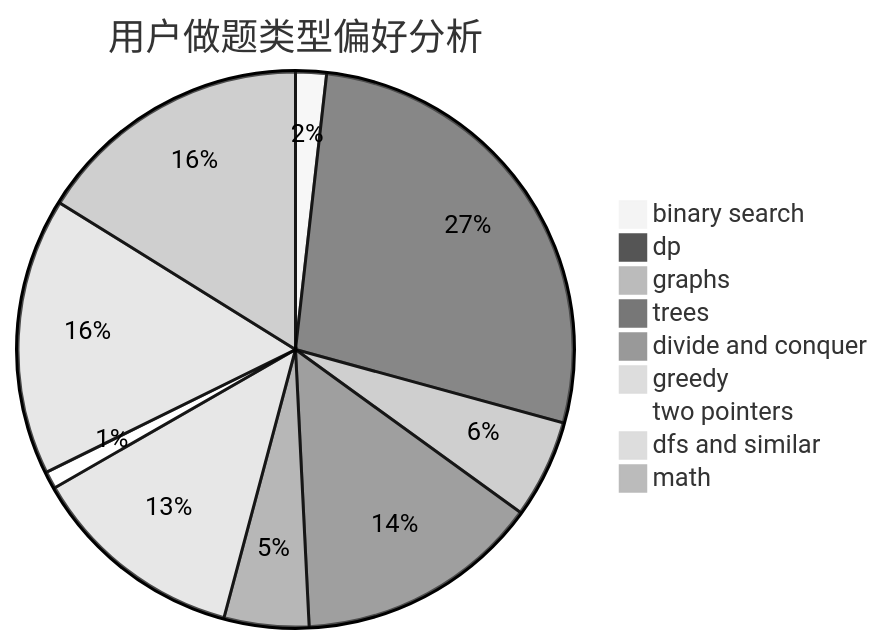
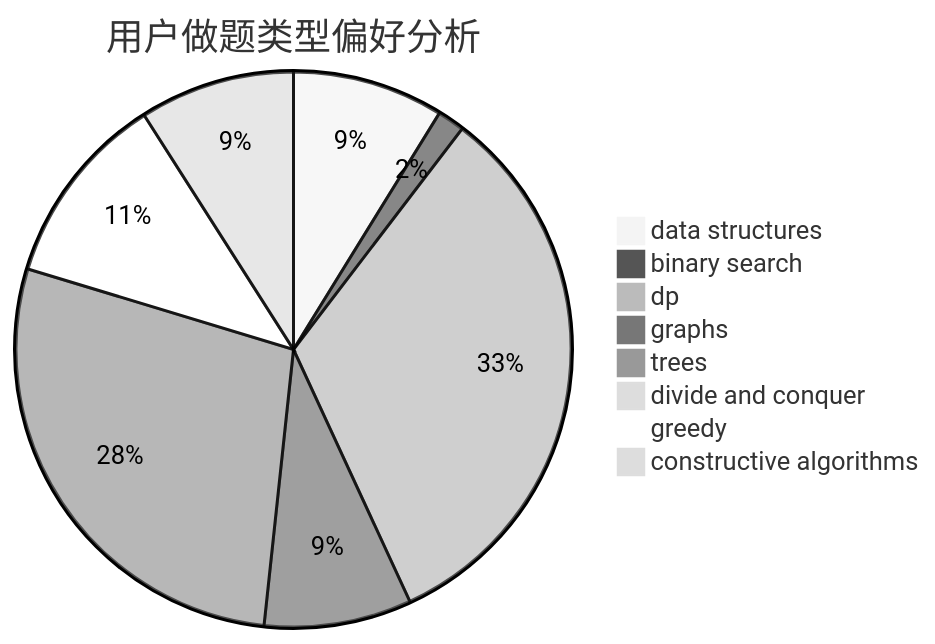
One commit to sherpahu/cfrs.github.io changed the second of 3 diagrams in docs/user/u668.md. Above: the diagram before and after it, drawn with Mermaid (neutral theme). The commit also changed other lines of this file and 2775 other files, not shown here.

````diff
--- a/docs/user/u668.md
+++ b/docs/user/u668.md
@@ -23,12 +23,11 @@
 ```mermaid
 pie title 用户做题类型偏好分析
-    "binary search" :  16
-    "dp" :  245
-    "graphs" :  51
-    "trees" :  127
-    "divide and conquer" :  44
-    "greedy" :  112
-    "two pointers" :  9
-    "dfs and similar" :  144
-    "math" :  144
+    "data structures" :  39
+    "binary search" :  7
+    "dp" :  145
+    "graphs" :  38
+    "trees" :  124
+    "divide and conquer" :  0
+    "greedy" :  50
+    "constructive algorithms" :  40
 ```
````
